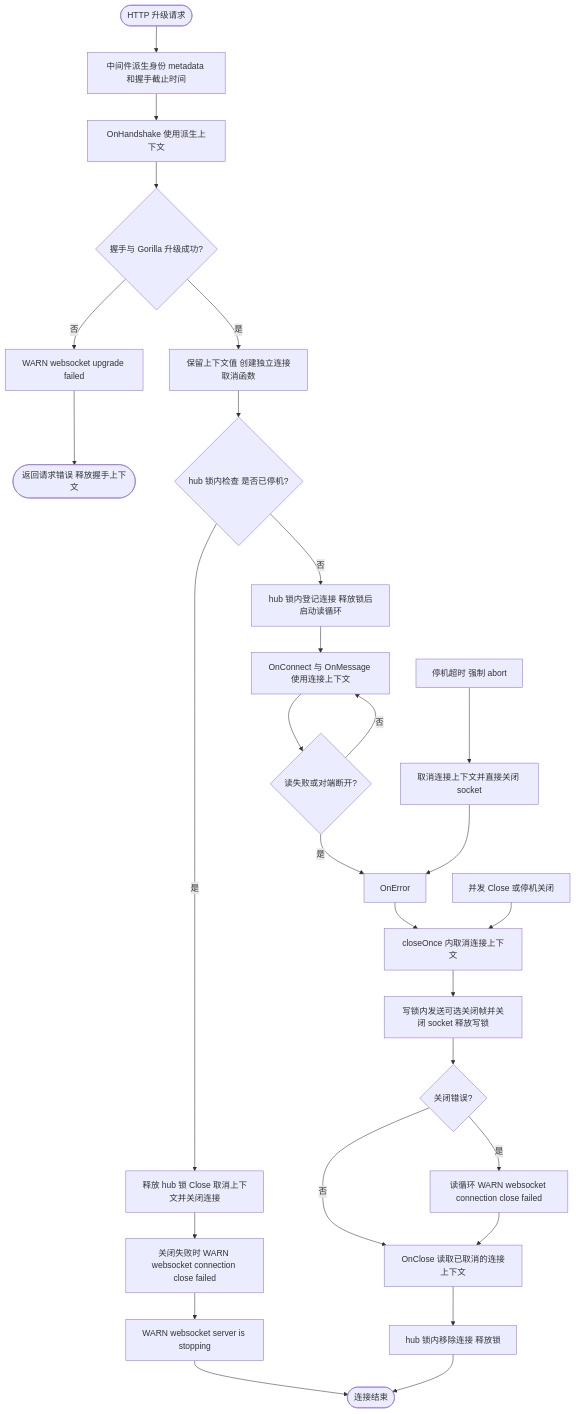
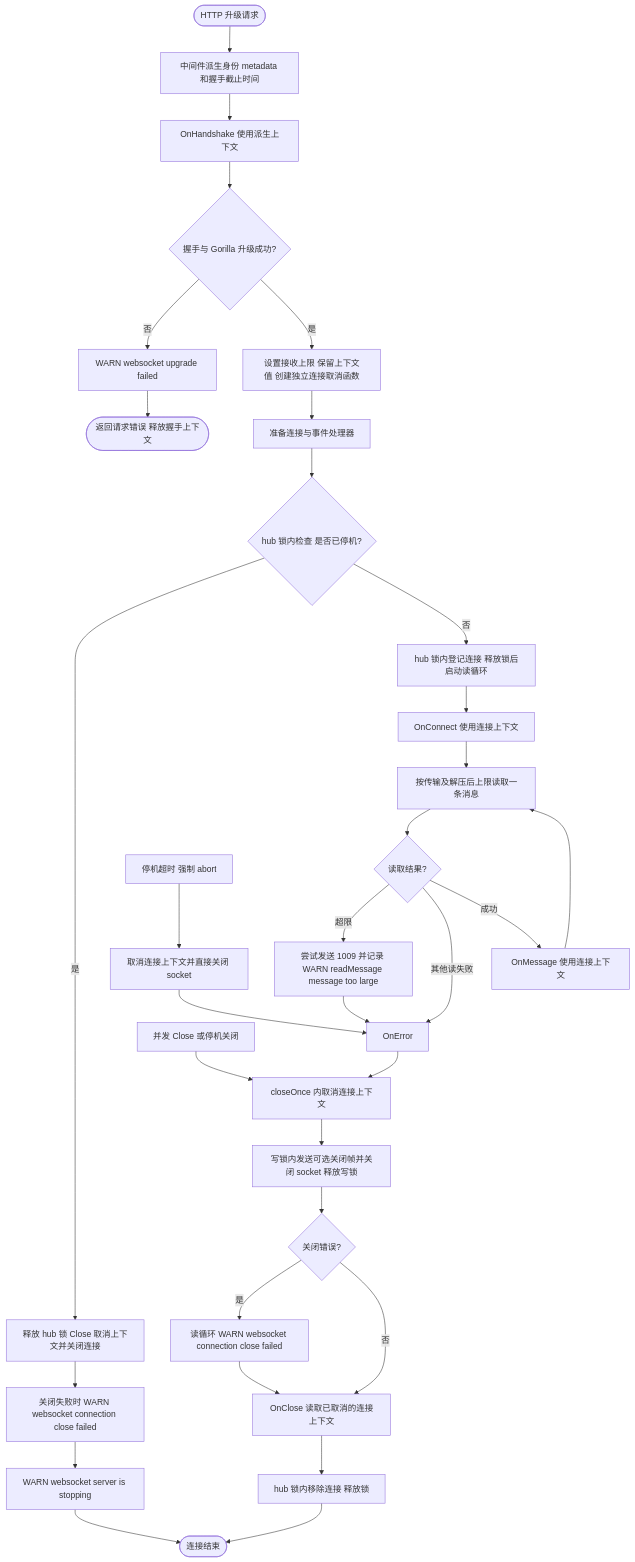
One commit to jaggerzhuang1994/kratos-foundation changed the second of 6 diagrams in pkg/server/README.md. Above: the diagram before and after it, drawn with Mermaid. The commit also changed other lines of this file and 104 other files, not shown here.

````diff
--- a/pkg/server/README.md
+++ b/pkg/server/README.md
@@ -54,30 +67,35 @@
 ```mermaid
 flowchart TD
     A([HTTP 升级请求]) --> B[中间件派生身份 metadata 和握手截止时间]
     B --> C[OnHandshake 使用派生上下文]
     C --> D{握手与 Gorilla 升级成功?}
     D -- 否 --> E[WARN websocket upgrade failed]
     E --> F([返回请求错误 释放握手上下文])
-    D -- 是 --> G[保留上下文值 创建独立连接取消函数]
+    D -- 是 --> Z[设置接收上限 保留上下文值 创建独立连接取消函数]
+    Z --> G[准备连接与事件处理器]
     G --> V{hub 锁内检查 是否已停机?}
     V -- 是 --> W[释放 hub 锁 Close 取消上下文并关闭连接]
     W --> X[关闭失败时 WARN websocket connection close failed]
     X --> Y[WARN websocket server is stopping]
     Y --> S
     V -- 否 --> H[hub 锁内登记连接 释放锁后启动读循环]
-    H --> I[OnConnect 与 OnMessage 使用连接上下文]
-    I --> J{读失败或对端断开?}
-    J -- 是 --> K[OnError]
-    J -- 否 --> I
+    H --> I[OnConnect 使用连接上下文]
+    I --> AA[按传输及解压后上限读取一条消息]
+    AA --> J{读取结果?}
+    J -- 超限 --> AB[尝试发送 1009 并记录 WARN readMessage message too large]
+    AB --> K[OnError]
+    J -- 其他读失败 --> K
+    J -- 成功 --> AC[OnMessage 使用连接上下文]
+    AC --> AA
     K --> L[closeOnce 内取消连接上下文]
     M[并发 Close 或停机关闭] --> L
     L --> N[写锁内发送可选关闭帧并关闭 socket 释放写锁]
     N --> O{关闭错误?}
     O -- 是 --> P[读循环 WARN websocket connection close failed]
     O -- 否 --> Q[OnClose 读取已取消的连接上下文]
     P --> Q
     Q --> R[hub 锁内移除连接 释放锁]
     R --> S([连接结束])
     T[停机超时 强制 abort] --> U[取消连接上下文并直接关闭 socket]
     U --> K
 ```
````
